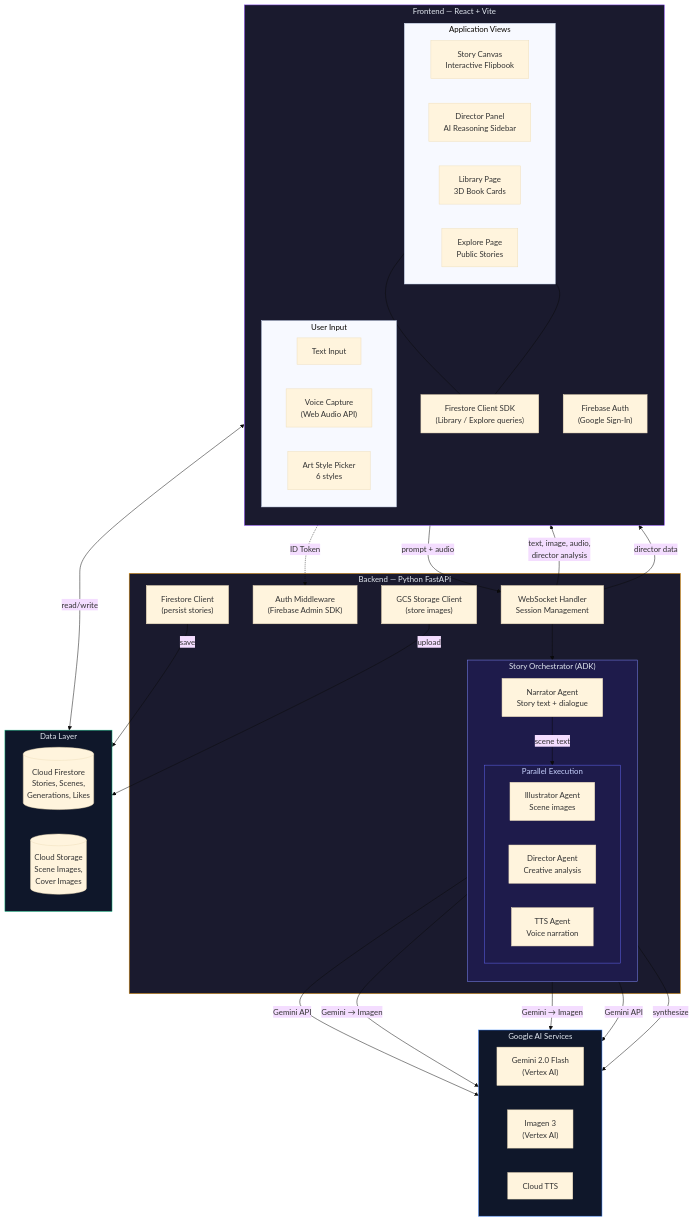
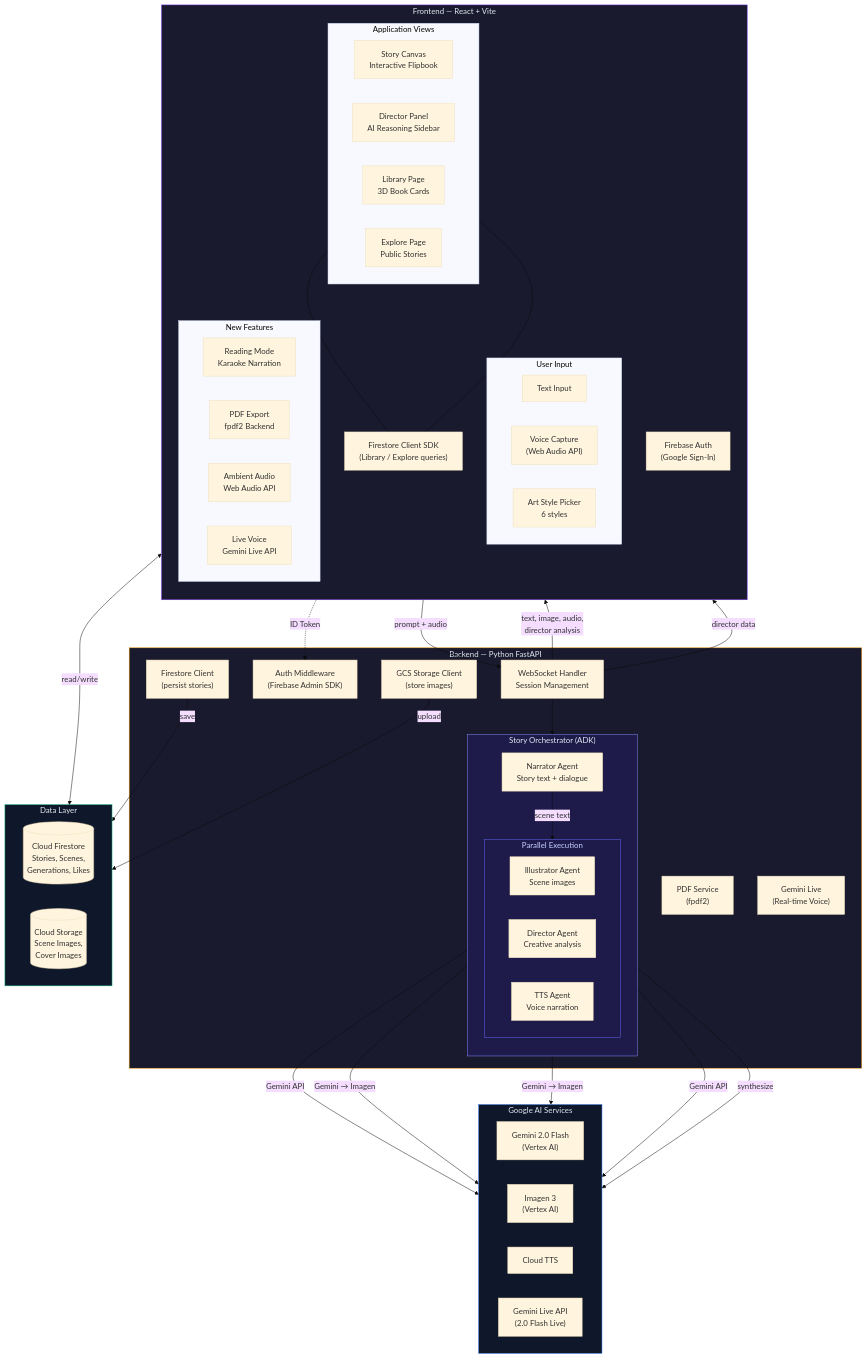
The first of 8 diagrams in README.md (Dileep2896/reveria), drawn with Mermaid (base theme) before and after one commit. The commit also changed other lines of this file and 29 other files, not shown here.

```diff
--- a/README.md
+++ b/README.md
@@ -60,6 +70,13 @@
             TextInput["Text Input"]
             VoiceInput["Voice Capture<br/>(Web Audio API)"]
             ArtStyle["Art Style Picker<br/>6 styles"]
+        end
+        subgraph Features["New Features"]
+            direction LR
+            ReadMode["Reading Mode<br/>Karaoke Narration"]
+            PDFExport["PDF Export<br/>fpdf2 Backend"]
+            Ambient["Ambient Audio<br/>Web Audio API"]
+            LiveVoice["Live Voice<br/>Gemini Live API"]
         end
         FSClient["Firestore Client SDK<br/>(Library / Explore queries)"]
     end
@@ -84,6 +101,8 @@
 
         Persist["Firestore Client<br/>(persist stories)"]
         Storage["GCS Storage Client<br/>(store images)"]
+        PDFService["PDF Service<br/>(fpdf2)"]
+        LiveService["Gemini Live<br/>(Real-time Voice)"]
     end
 
     subgraph Google["Google AI Services"]
@@ -91,6 +110,7 @@
         Gemini["Gemini 2.0 Flash<br/>(Vertex AI)"]
         Imagen["Imagen 3<br/>(Vertex AI)"]
         CloudTTS["Cloud TTS"]
+        GeminiLive["Gemini Live API<br/>(2.0 Flash Live)"]
     end
 
     subgraph Data["Data Layer"]
```
